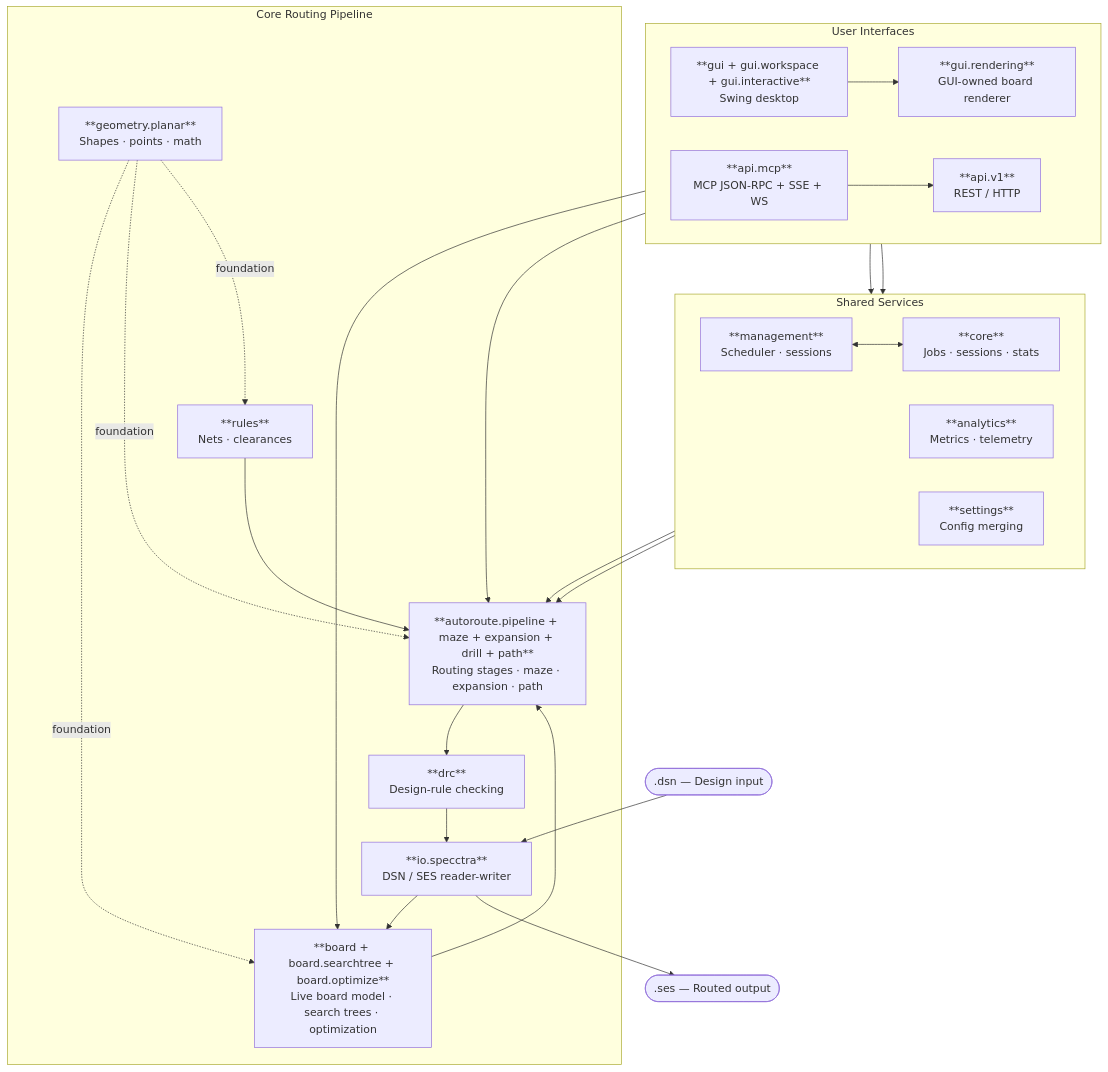
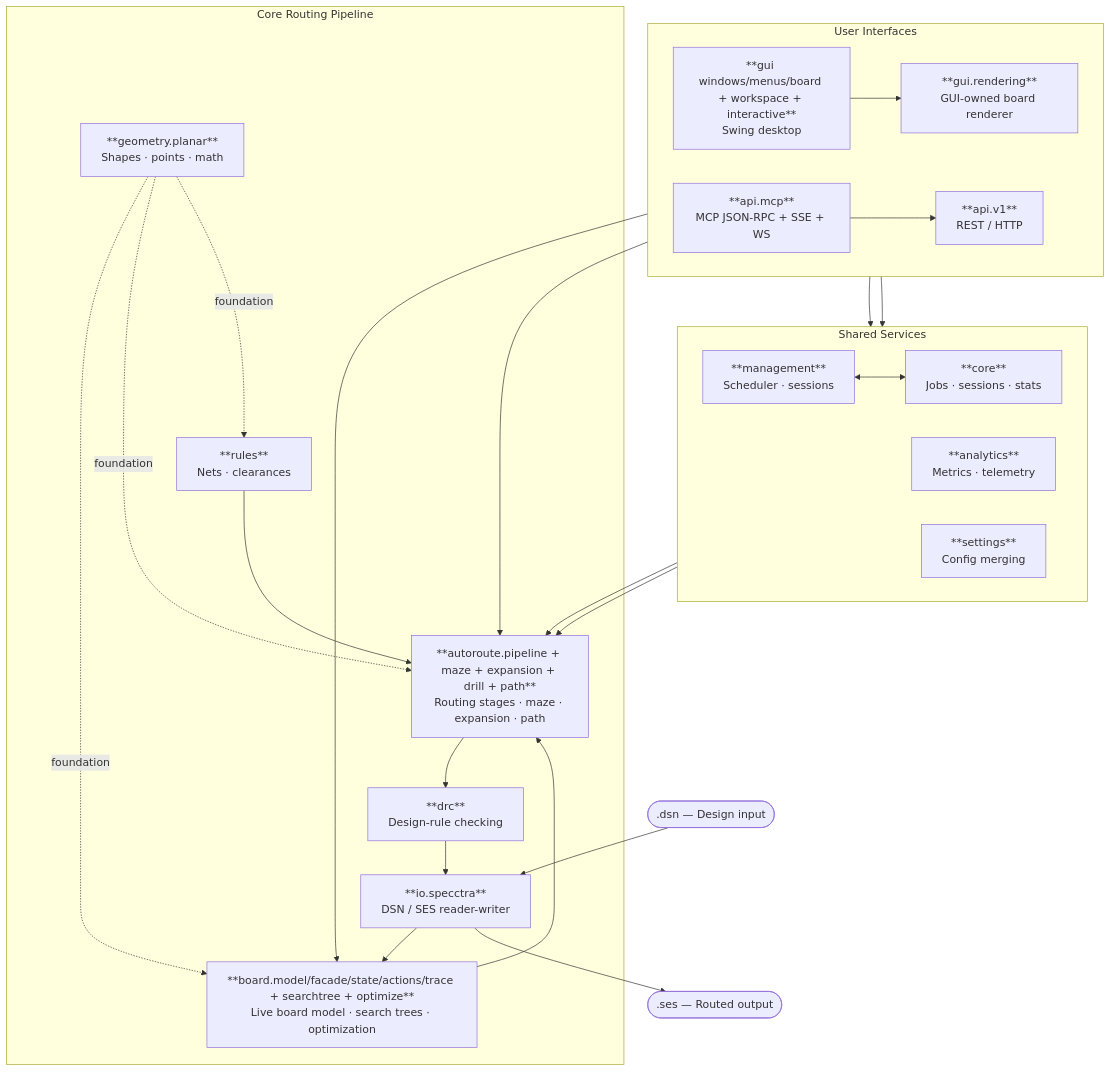
Before and after one commit to freerouting/freerouting: the diagram in docs/architecture.md, drawn with Mermaid. The commit also changed other lines of this file and 1538 other files, not shown here.

First line of the commit message:
Complete Phase 8 GUI and board package subdivision

````diff
--- a/docs/architecture.md
+++ b/docs/architecture.md
@@ -15,47 +15,47 @@
 ```mermaid
 flowchart TD
     DSN([".dsn — Design input"])
     SES([".ses — Routed output"])
 
     subgraph interfaces ["User Interfaces"]
         direction LR
-        GUI["**gui + gui.workspace + gui.interactive**\nSwing desktop"]
+        GUI["**gui windows/menus/board + workspace + interactive**\nSwing desktop"]
         RENDER["**gui.rendering**\nGUI-owned board renderer"]
         API["**api.v1**\nREST / HTTP"]
         MCP["**api.mcp**\nMCP JSON-RPC + SSE + WS"]
     end
 
     subgraph services ["Shared Services"]
         direction LR
         MGMT["**management**\nScheduler · sessions"]
         ANALYTICS["**analytics**\nMetrics · telemetry"]
         CORE["**core**\nJobs · sessions · stats"]
         CFG["**settings**\nConfig merging"]
     end
 
     subgraph pipeline ["Core Routing Pipeline"]
         IO["**io.specctra**\nDSN / SES reader-writer"]
-        BOARD["**board + board.searchtree + board.optimize**\nLive board model · search trees · optimization"]
+        BOARD["**board.model/facade/state/actions/trace + searchtree + optimize**\nLive board model · search trees · optimization"]
         RULES["**rules**\nNets · clearances"]
         AR["**autoroute.pipeline + maze + expansion + drill + path**\nRouting stages · maze · expansion · path"]
         DRC["**drc**\nDesign-rule checking"]
         GEO["**geometry.planar**\nShapes · points · math"]
     end
 
     DSN --> IO --> BOARD
     RULES --> AR
     BOARD --> AR
     AR --> DRC --> IO --> SES
     GEO -. foundation .-> BOARD
     GEO -. foundation .-> AR
     GEO -. foundation .-> RULES
 
     GUI --> MGMT
     GUI --> RENDER --> BOARD
     RENDER --> AR
     API --> MGMT
     MCP --> API
     MGMT <--> CORE
     CFG --> AR
     CORE --> AR
 ```
````
